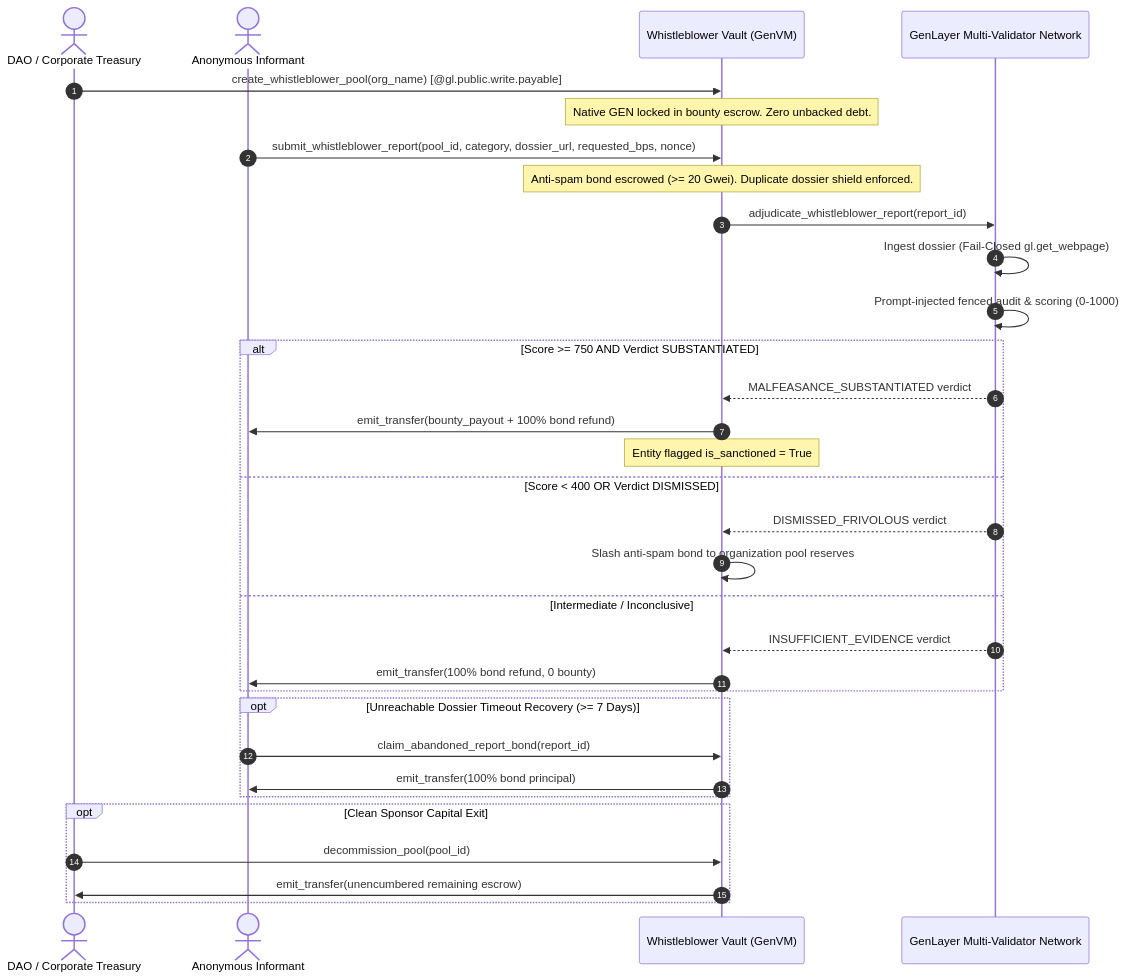
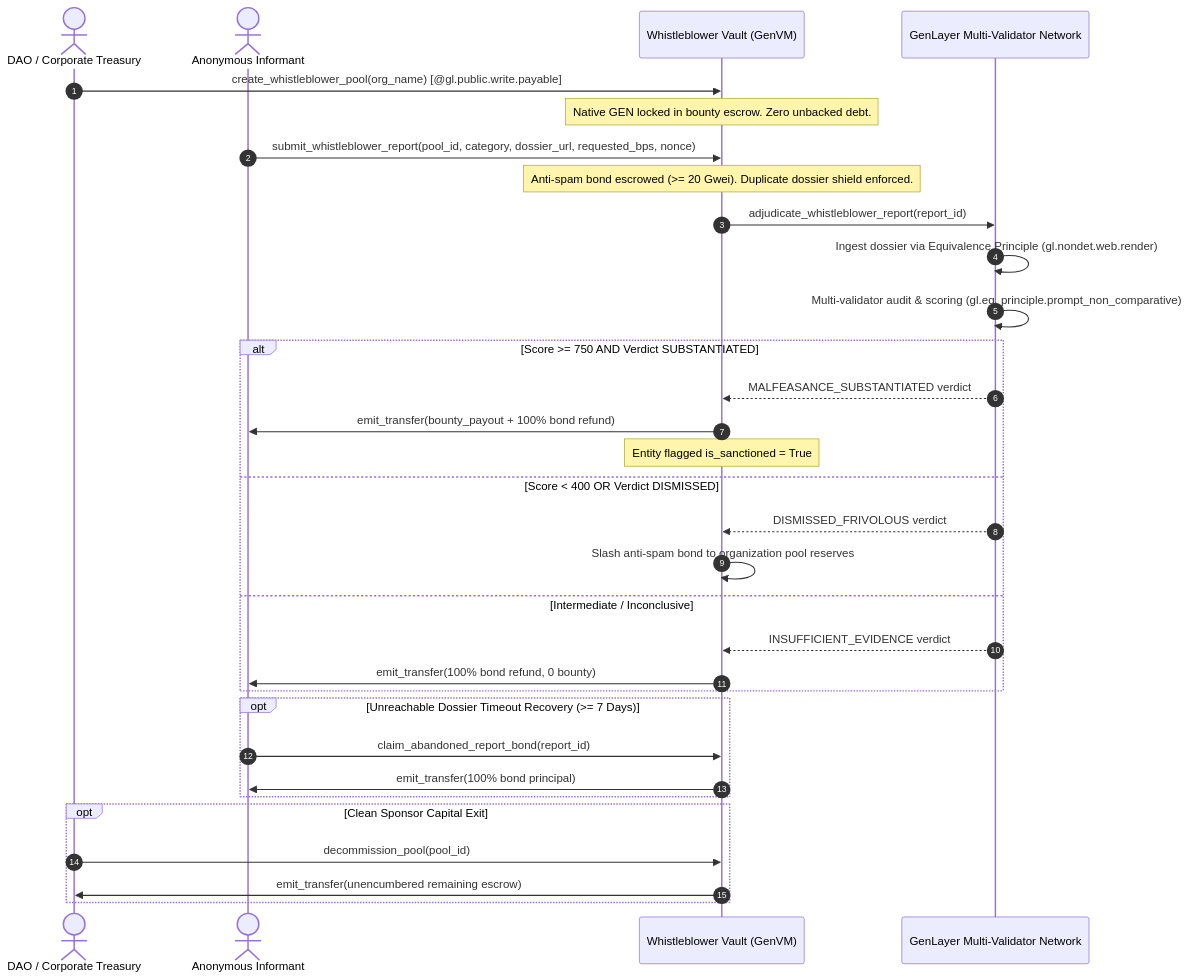
Before and after one commit to tumhi4/autonomous-whistleblower-protection-vault: the diagram in README.md, drawn with Mermaid. The commit also changed other lines of this file and 4 other files, not shown here.

Commit message:
feat(consensus): implement GenLayer Equivalence Principle multi-validator adjudication flow and redeploy

````diff
--- a/README.md
+++ b/README.md
@@ -29,40 +29,40 @@
 ```mermaid
 sequenceDiagram
     autonumber
     actor Sponsor as DAO / Corporate Treasury
     actor Whistleblower as Anonymous Informant
     participant Vault as Whistleblower Vault (GenVM)
     participant Consensus as GenLayer Multi-Validator Network
 
     Sponsor->>Vault: create_whistleblower_pool(org_name) [@gl.public.write.payable]
     Note over Vault: Native GEN locked in bounty escrow. Zero unbacked debt.
     
     Whistleblower->>Vault: submit_whistleblower_report(pool_id, category, dossier_url, requested_bps, nonce)
     Note over Vault: Anti-spam bond escrowed (>= 20 Gwei). Duplicate dossier shield enforced.
     
     Vault->>Consensus: adjudicate_whistleblower_report(report_id)
-    Consensus->>Consensus: Ingest dossier (Fail-Closed gl.get_webpage)
-    Consensus->>Consensus: Prompt-injected fenced audit & scoring (0-1000)
+    Consensus->>Consensus: Ingest dossier via Equivalence Principle (gl.nondet.web.render)
+    Consensus->>Consensus: Multi-validator audit & scoring (gl.eq_principle.prompt_non_comparative)
     
     alt Score >= 750 AND Verdict SUBSTANTIATED
         Consensus-->>Vault: MALFEASANCE_SUBSTANTIATED verdict
         Vault->>Whistleblower: emit_transfer(bounty_payout + 100% bond refund)
         Note over Vault: Entity flagged is_sanctioned = True
     else Score < 400 OR Verdict DISMISSED
         Consensus-->>Vault: DISMISSED_FRIVOLOUS verdict
         Vault->>Vault: Slash anti-spam bond to organization pool reserves
     else Intermediate / Inconclusive
         Consensus-->>Vault: INSUFFICIENT_EVIDENCE verdict
         Vault->>Whistleblower: emit_transfer(100% bond refund, 0 bounty)
     end
 
     opt Unreachable Dossier Timeout Recovery (>= 7 Days)
         Whistleblower->>Vault: claim_abandoned_report_bond(report_id)
         Vault->>Whistleblower: emit_transfer(100% bond principal)
     end
 
     opt Clean Sponsor Capital Exit
         Sponsor->>Vault: decommission_pool(pool_id)
         Vault->>Sponsor: emit_transfer(unencumbered remaining escrow)
     end
 ```
````
